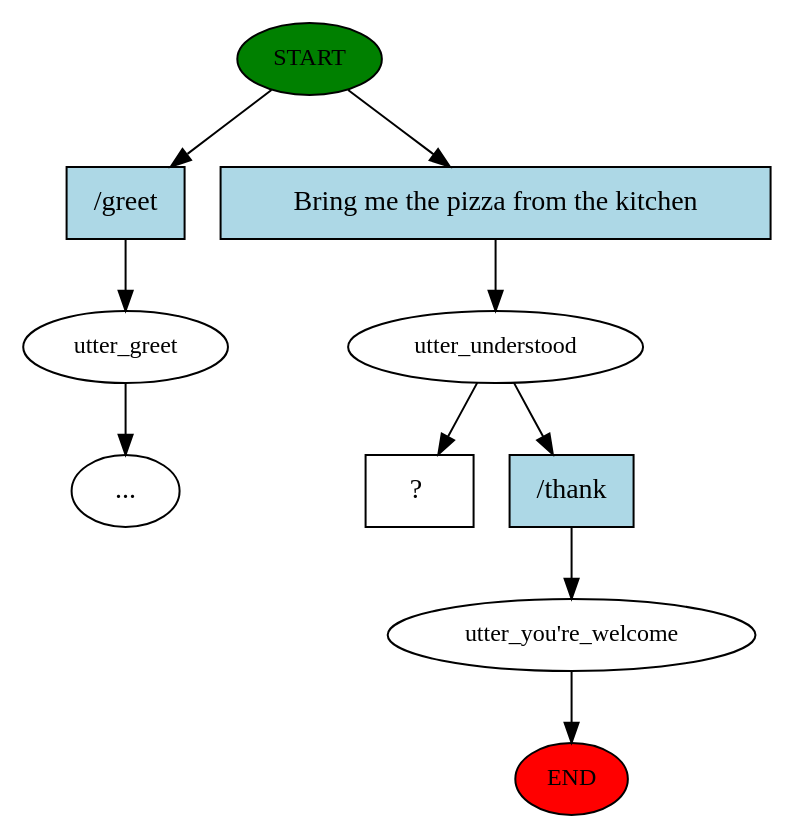
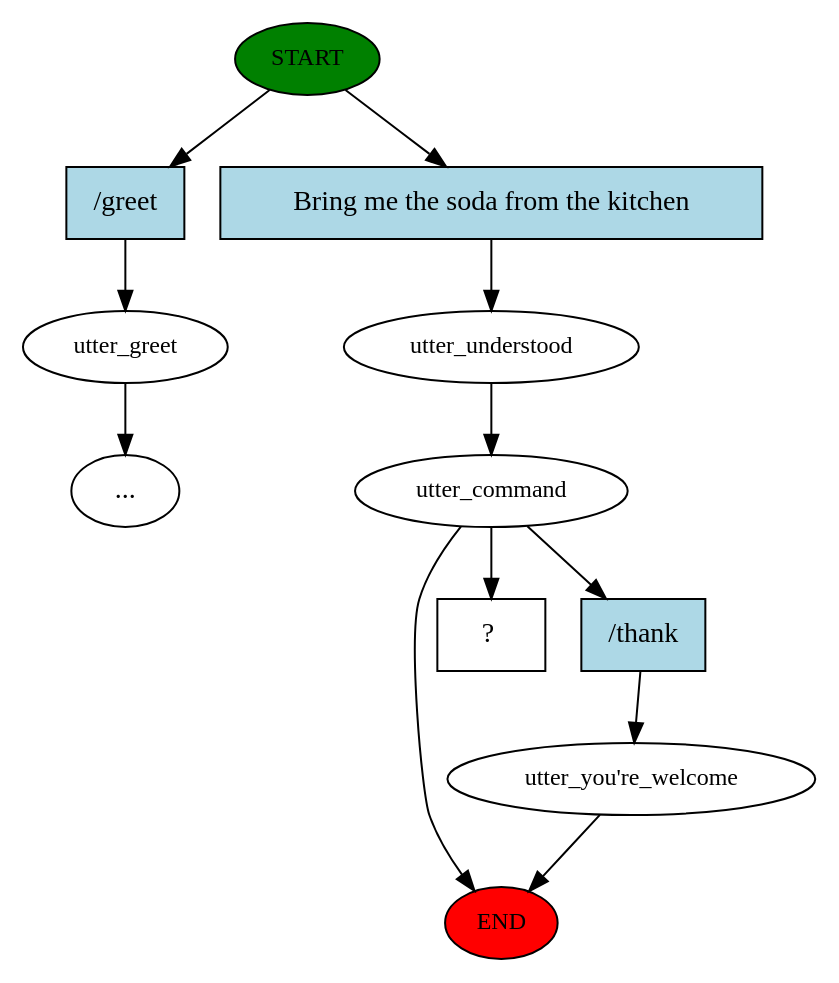
One commit to RoBorregos/robocup-home changed the diagram in rasa/story_graph.dot. Above: the diagram before and after it, drawn with Graphviz. The commit also changed 16 other files, not shown here.

```diff
--- a/rasa/story_graph.dot
+++ b/rasa/story_graph.dot
@@ -1,21 +1,24 @@
 digraph  {
 0 [class="start active", fillcolor=green, fontsize=12, label=START, style=filled];
 "-1" [class=end, fillcolor=red, fontsize=12, label=END, style=filled];
 1 [class="", fontsize=12, label=utter_greet];
+2 [class=active, fontsize=12, label=utter_understood];
+3 [class=active, fontsize=12, label=utter_command];
+4 [class="", fontsize=12, label="utter_you're_welcome"];
 "-4" [class=ellipsis, label="..."];
-3 [class=active, fontsize=12, label=utter_understood];
-4 [class="", fontsize=12, label="utter_you're_welcome"];
-6 [class="intent dashed active", label="  ?  ", shape=rect];
-7 [class=intent, fillcolor=lightblue, label="\/greet", shape=rect, style=filled];
-8 [class="intent active", fillcolor=lightblue, label="Bring\ me\ the\ pizza\ from\ the\ kitchen", shape=rect, style=filled];
-9 [class=intent, fillcolor=lightblue, label="\/thank", shape=rect, style=filled];
-0 -> 7  [class="", key=0];
-0 -> 8  [class=active, key=0];
+10 [class="intent dashed active", label="  ?  ", shape=rect];
+11 [class=intent, fillcolor=lightblue, label="\/greet", shape=rect, style=filled];
+12 [class="intent active", fillcolor=lightblue, label="Bring\ me\ the\ soda\ from\ the\ kitchen", shape=rect, style=filled];
+13 [class=intent, fillcolor=lightblue, label="\/thank", shape=rect, style=filled];
+0 -> 11  [class="", key=0];
+0 -> 12  [class=active, key=0];
 1 -> "-4"  [class="", key=NONE, label=""];
-3 -> 6  [class=active, key=NONE, label=""];
-3 -> 9  [class="", key=0];
+2 -> 3  [class=active, key=NONE, label=""];
+3 -> "-1"  [class="", key=NONE, label=""];
+3 -> 10  [class=active, key=NONE, label=""];
+3 -> 13  [class="", key=0];
 4 -> "-1"  [class="", key=NONE, label=""];
-7 -> 1  [class="", key=0];
-8 -> 3  [class=active, key=0];
-9 -> 4  [class="", key=0];
+11 -> 1  [class="", key=0];
+12 -> 2  [class=active, key=0];
+13 -> 4  [class="", key=0];
 }
```
